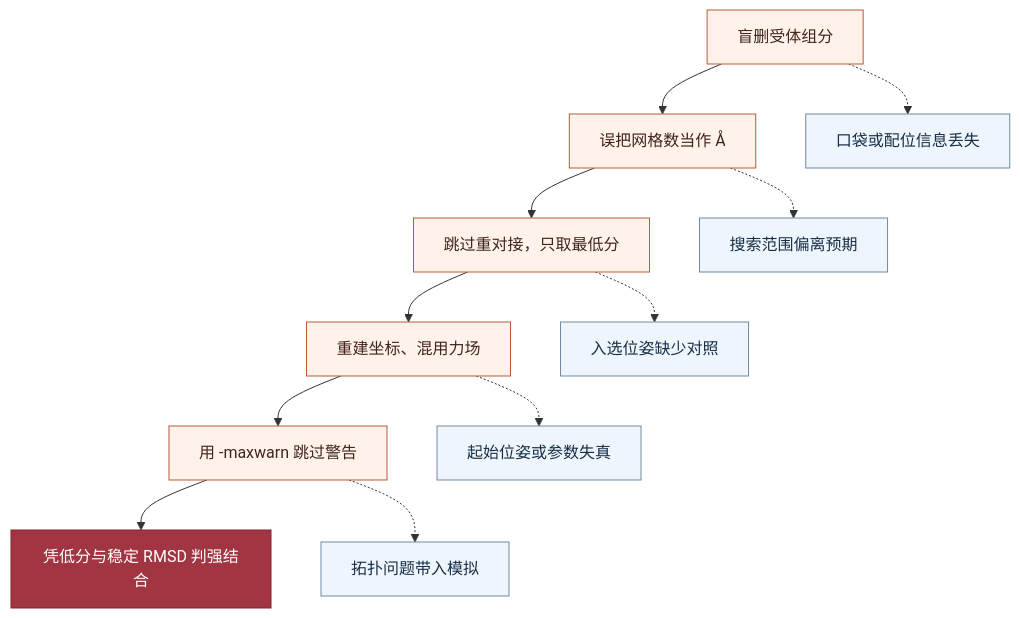
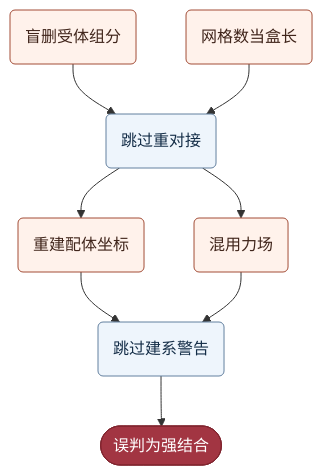
The second of 3 diagrams in README.md (LuciferBioLab/docking-gromacs-tutorial), drawn with Mermaid before and after one commit. The commit also changed other lines of this file, not shown here.

Commit message:
Align the error flowchart and prevent awkward label wrapping

````diff
--- a/README.md
+++ b/README.md
@@ -78,21 +78,17 @@
 ```mermaid
 flowchart TD
-    Prep["盲删受体组分"]
-    Box["误把网格数当作 Å"]
-    Pose["跳过重对接，只取最低分"]
-    Build["重建坐标、混用力场"]
-    Run["用 -maxwarn 跳过警告"]
-    Claim["凭低分与稳定 RMSD 判强结合"]
-    Prep --> Box --> Pose --> Build --> Run --> Claim
-    Prep -.-> Pocket["口袋或配位信息丢失"]
-    Box -.-> Volume["搜索范围偏离预期"]
-    Pose -.-> Reference["入选位姿缺少对照"]
-    Build -.-> Model["起始位姿或参数失真"]
-    Run -.-> Check["拓扑问题带入模拟"]
-    classDef action fill:#fff2eb,stroke:#b75a39,color:#40251b
-    classDef impact fill:#eef5fc,stroke:#718aa5,color:#172f47
+    Receptor("盲删受体组分") --> Dock("跳过重对接")
+    Box("网格数当盒长") --> Dock
+    Dock --> Pose("重建配体坐标")
+    Dock --> Force("混用力场")
+    Pose --> Warn("跳过建系警告")
+    Force --> Warn
+    Warn --> Claim(["误判为强结合"])
+
+    classDef input fill:#fff2eb,stroke:#a34d37,color:#40251b
+    classDef checkpoint fill:#eef5fc,stroke:#63809f,color:#152e48
     classDef outcome fill:#a23542,stroke:#80242e,color:#ffffff
-    class Prep,Box,Pose,Build,Run action
-    class Pocket,Volume,Reference,Model,Check impact
+    class Receptor,Box,Pose,Force input
+    class Dock,Warn checkpoint
     class Claim outcome
 ```
````
